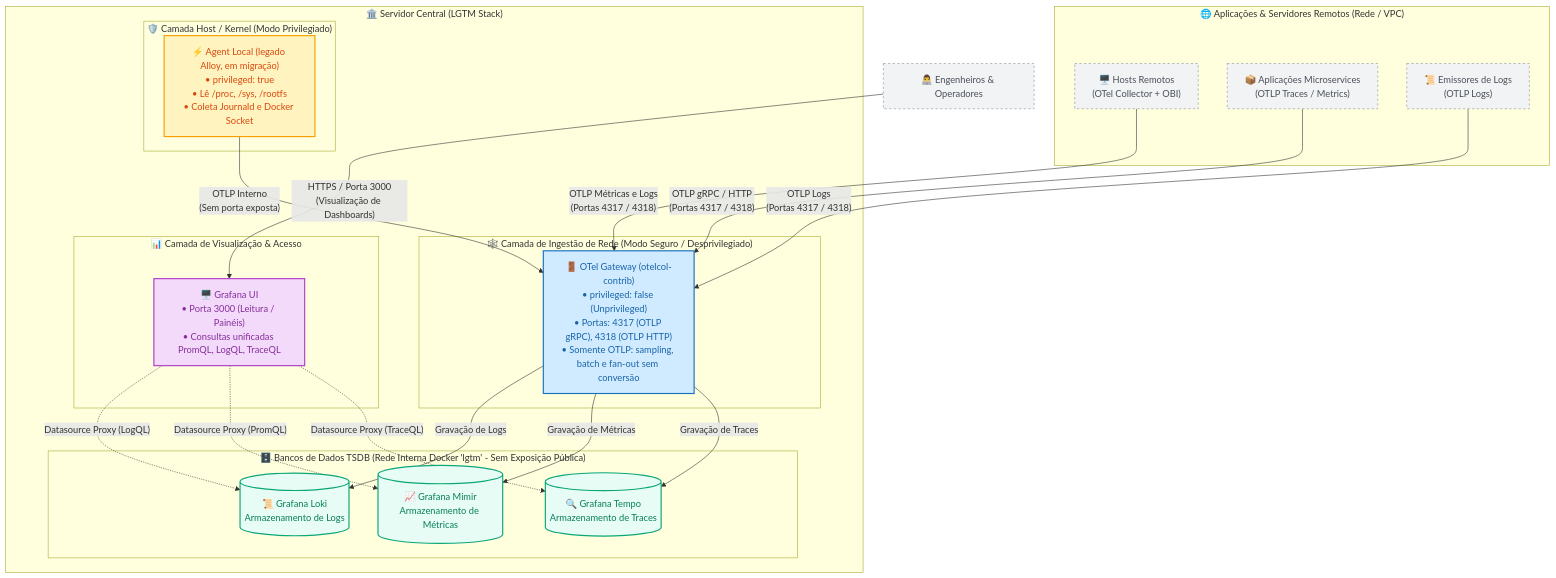
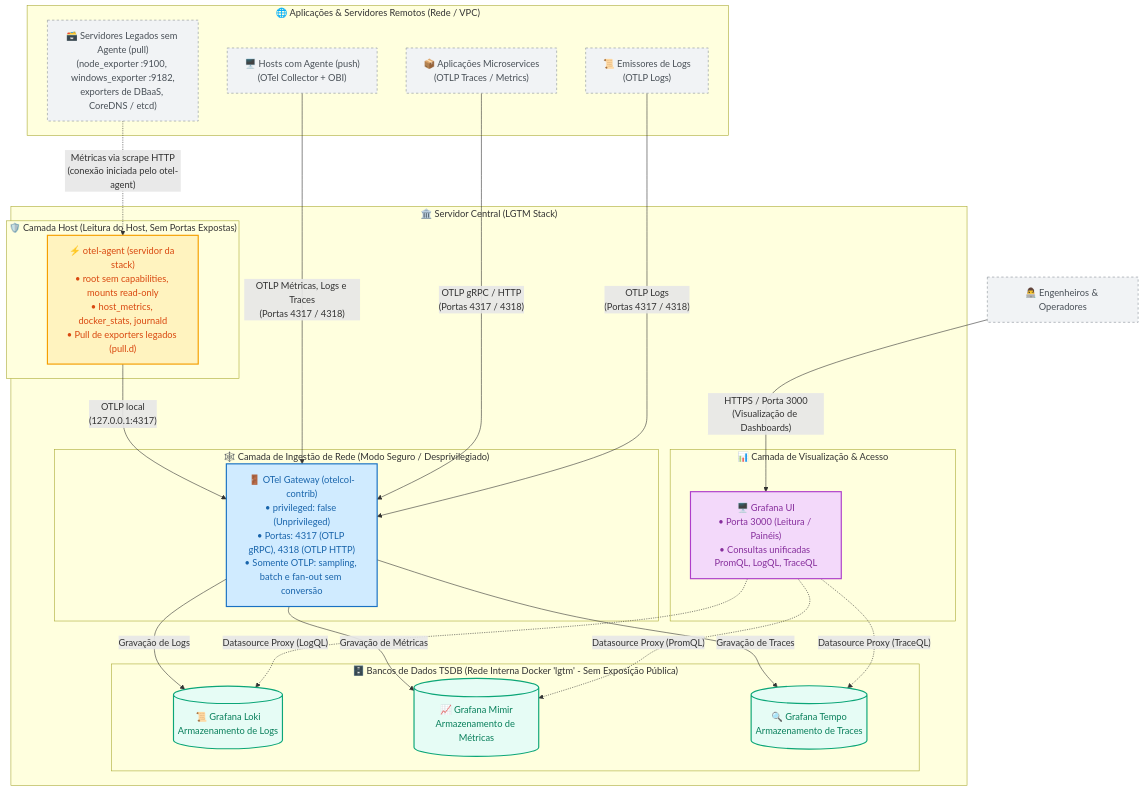
The diagram in docs/diagrams/lgtm-architecture-topology.mmd (danielsabatini/lgtm-stack-otel), drawn with Mermaid before and after one commit. The commit also changed 80 other files, not shown here.

```diff
--- a/docs/diagrams/lgtm-architecture-topology.mmd
+++ b/docs/diagrams/lgtm-architecture-topology.mmd
@@ -1,50 +1,52 @@
 flowchart TB
     %% Estilos e Classes
     classDef hostBox fill:#f8f9fa,stroke:#495057,stroke-width:2px,color:#212529;
     classDef privBox fill:#fff3bf,stroke:#f59f00,stroke-width:2px,color:#d9480f;
     classDef gtwBox fill:#d0ebff,stroke:#1971c2,stroke-width:2px,color:#1864ab;
     classDef tsdbBox fill:#e6fcf5,stroke:#0ca678,stroke-width:2px,color:#087f5b;
     classDef uiBox fill:#f3d9fa,stroke:#ae3ec9,stroke-width:2px,color:#862e9c;
     classDef extBox fill:#f1f3f5,stroke:#868e96,stroke-dasharray: 4 4,color:#495057;
 
     subgraph EXT ["🌐 Aplicações & Servidores Remotos (Rede / VPC)"]
-        APP1["🖥️ Hosts Remotos<br/>(OTel Collector + OBI)"]:::extBox
+        APP1["🖥️ Hosts com Agente (push)<br/>(OTel Collector + OBI)"]:::extBox
         APP2["📦 Aplicações Microservices<br/>(OTLP Traces / Metrics)"]:::extBox
         APP3["📜 Emissores de Logs<br/>(OTLP Logs)"]:::extBox
+        LEGACY["🗃️ Servidores Legados sem Agente (pull)<br/>(node_exporter :9100, windows_exporter :9182,<br/>exporters de DBaaS, CoreDNS / etcd)"]:::extBox
     end
 
     subgraph STACK ["🏛️ Servidor Central (LGTM Stack)"]
-        subgraph PRIV ["🛡️ Camada Host / Kernel (Modo Privilegiado)"]
-            AGENT["⚡ Agent Local (legado Alloy, em migração)<br/>• privileged: true<br/>• Lê /proc, /sys, /rootfs<br/>• Coleta Journald e Docker Socket"]:::privBox
+        subgraph PRIV ["🛡️ Camada Host (Leitura do Host, Sem Portas Expostas)"]
+            AGENT["⚡ otel-agent (servidor da stack)<br/>• root sem capabilities, mounts read-only<br/>• host_metrics, docker_stats, journald<br/>• Pull de exporters legados (pull.d)"]:::privBox
         end
 
         subgraph UNPRIV ["🕸️ Camada de Ingestão de Rede (Modo Seguro / Desprivilegiado)"]
             GATEWAY["🚪 OTel Gateway (otelcol-contrib)<br/>• privileged: false (Unprivileged)<br/>• Portas: 4317 (OTLP gRPC), 4318 (OTLP HTTP)<br/>• Somente OTLP: sampling, batch e fan-out sem conversão"]:::gtwBox
         end
 
         subgraph BACKENDS ["🗄️ Bancos de Dados TSDB (Rede Interna Docker 'lgtm' - Sem Exposição Pública)"]
             LOKI[("📜 Grafana Loki<br/>Armazenamento de Logs")]:::tsdbBox
             MIMIR[("📈 Grafana Mimir<br/>Armazenamento de Métricas")]:::tsdbBox
             TEMPO[("🔍 Grafana Tempo<br/>Armazenamento de Traces")]:::tsdbBox
         end
 
         subgraph FRONTEND ["📊 Camada de Visualização & Acesso"]
             GRAFANA["🖥️ Grafana UI<br/>• Porta 3000 (Leitura / Painéis)<br/>• Consultas unificadas PromQL, LogQL, TraceQL"]:::uiBox
         end
     end
 
     %% Conexões e Fluxos
-    AGENT -->|"OTLP Interno<br/>(Sem porta exposta)"| GATEWAY
-    APP1 -->|"OTLP Métricas e Logs<br/>(Portas 4317 / 4318)"| GATEWAY
+    AGENT -->|"OTLP local<br/>(127.0.0.1:4317)"| GATEWAY
+    LEGACY -.->|"Métricas via scrape HTTP<br/>(conexão iniciada pelo otel-agent)"| AGENT
+    APP1 -->|"OTLP Métricas, Logs e Traces<br/>(Portas 4317 / 4318)"| GATEWAY
     APP2 -->|"OTLP gRPC / HTTP<br/>(Portas 4317 / 4318)"| GATEWAY
     APP3 -->|"OTLP Logs<br/>(Portas 4317 / 4318)"| GATEWAY
 
     GATEWAY -->|"Gravação de Logs"| LOKI
     GATEWAY -->|"Gravação de Métricas"| MIMIR
     GATEWAY -->|"Gravação de Traces"| TEMPO
 
     GRAFANA -.->|"Datasource Proxy (LogQL)"| LOKI
     GRAFANA -.->|"Datasource Proxy (PromQL)"| MIMIR
     GRAFANA -.->|"Datasource Proxy (TraceQL)"| TEMPO
 
     USER["👨‍💻 Engenheiros & Operadores"]:::extBox -->|"HTTPS / Porta 3000<br/>(Visualização de Dashboards)"| GRAFANA
```
